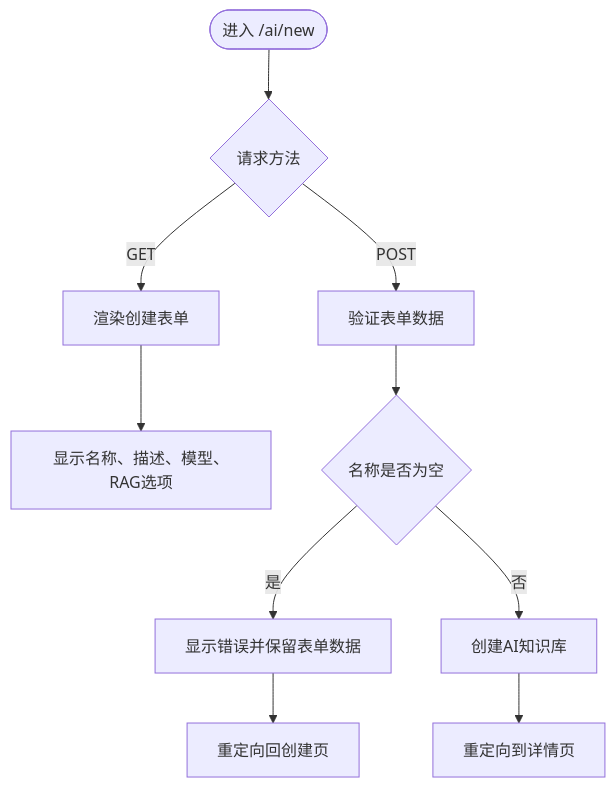
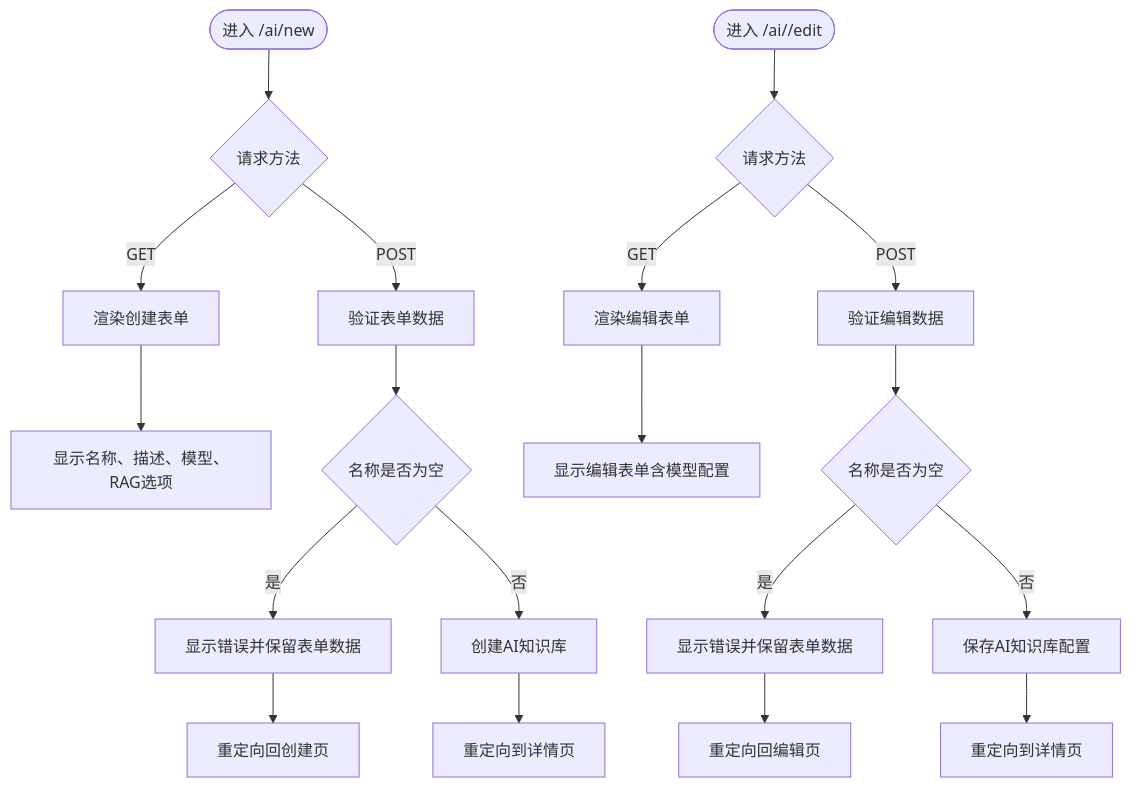
Before and after one commit to beyondalbert/my_wiki: the third of 5 diagrams in .qoder/repowiki/zh/content/核心模块/AI知识库模块/AI知识库蓝图路由.md, drawn with Mermaid. The commit also changed other lines of this file and 7 other files, not shown here.

````diff
--- a/.qoder/repowiki/zh/content/核心模块/AI知识库模块/AI知识库蓝图路由.md
+++ b/.qoder/repowiki/zh/content/核心模块/AI知识库模块/AI知识库蓝图路由.md
@@ -203,12 +215,21 @@
 ```mermaid
 flowchart TD
 Start(["进入 /ai/new"]) --> Method{"请求方法"}
 Method --> |GET| Form["渲染创建表单"]
 Method --> |POST| Validate["验证表单数据"]
 Form --> RenderForm["显示名称、描述、模型、RAG选项"]
 Validate --> Valid{"名称是否为空"}
 Valid --> |是| Error["显示错误并保留表单数据"]
 Valid --> |否| Create["创建AI知识库"]
 Create --> Success["重定向到详情页"]
 Error --> Redirect["重定向回创建页"]
+Start2(["进入 /ai/<ai_kb_id>/edit"]) --> Method2{"请求方法"}
+Method2 --> |GET| EditForm["渲染编辑表单"]
+Method2 --> |POST| Validate2["验证编辑数据"]
+EditForm --> RenderEdit["显示编辑表单含模型配置"]
+Validate2 --> Valid2{"名称是否为空"}
+Valid2 --> |是| Error2["显示错误并保留表单数据"]
+Valid2 --> |否| Save["保存AI知识库配置"]
+Save --> Success2["重定向到详情页"]
+Error2 --> Redirect2["重定向回编辑页"]
 ```
````
